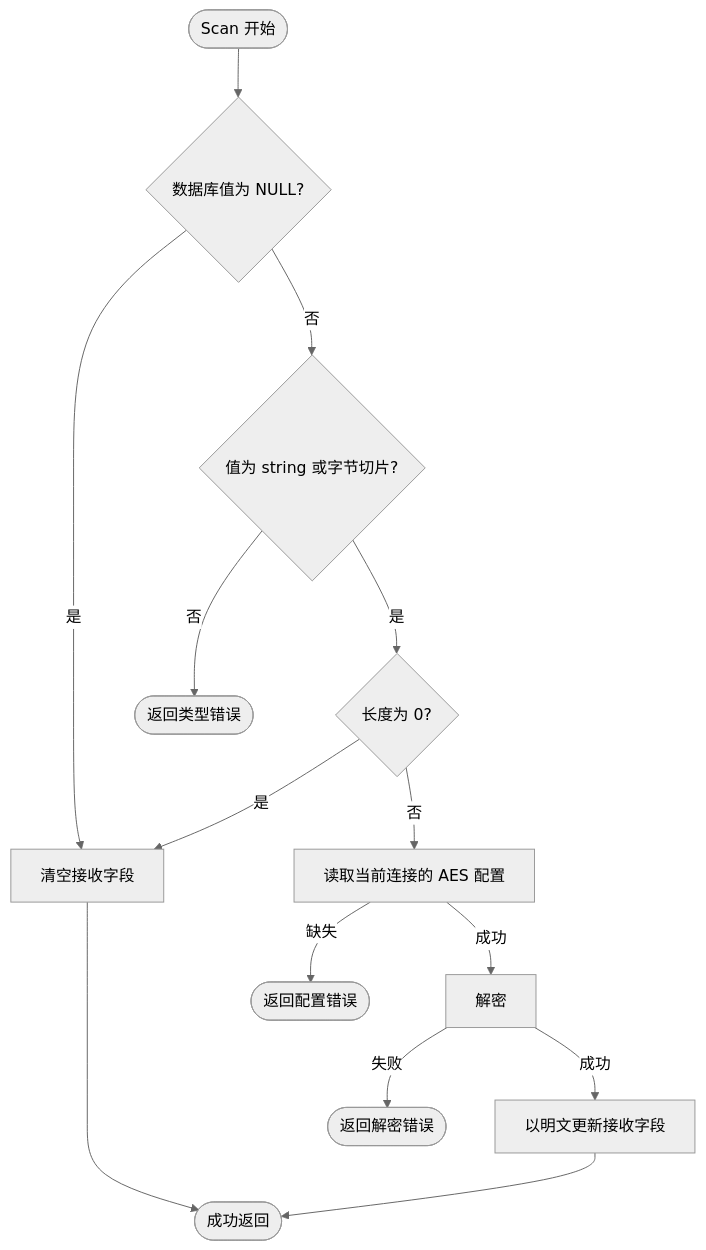
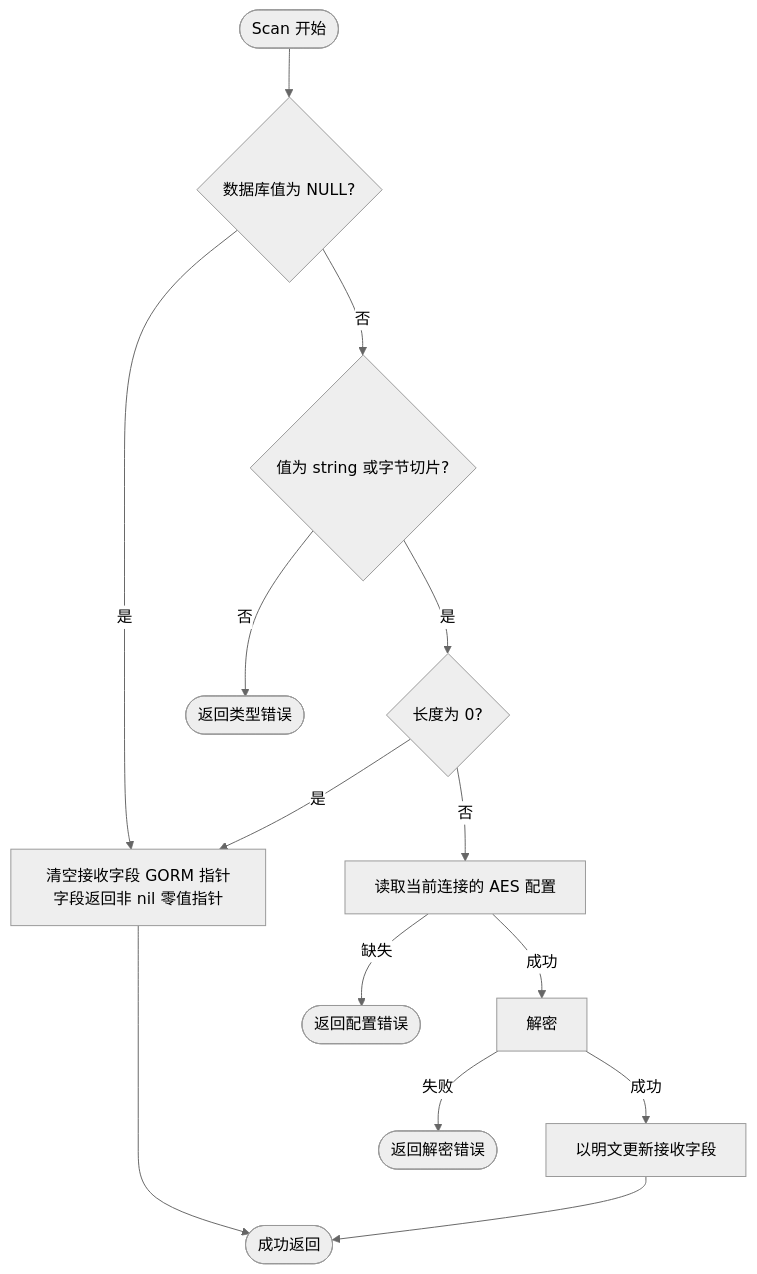
The third of 10 diagrams in pkg/database/README.md (jaggerzhuang1994/kratos-foundation), drawn with Mermaid (neutral theme) before and after one commit. The commit also changed other lines of this file and 204 other files, not shown here.

````diff
--- a/pkg/database/README.md
+++ b/pkg/database/README.md
@@ -100,16 +102,16 @@
 ```mermaid
 flowchart TD
     A([Scan 开始]) --> B{数据库值为 NULL?}
-    B -- 是 --> C[清空接收字段]
+    B -- 是 --> C[清空接收字段 GORM 指针字段返回非 nil 零值指针]
     B -- 否 --> D{值为 string 或字节切片?}
     D -- 否 --> E([返回类型错误])
     D -- 是 --> F{长度为 0?}
     F -- 是 --> C
     C --> G([成功返回])
     F -- 否 --> H[读取当前连接的 AES 配置]
     H -- 缺失 --> I([返回配置错误])
     H -- 成功 --> J[解密]
     J -- 失败 --> K([返回解密错误])
     J -- 成功 --> L[以明文更新接收字段]
     L --> G
 ```
````
